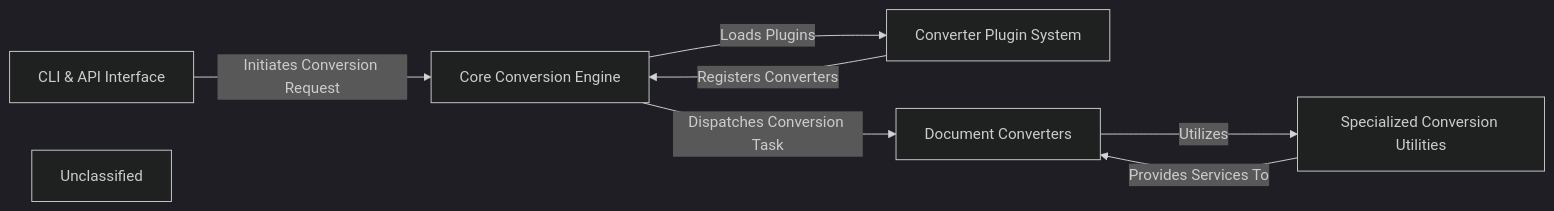
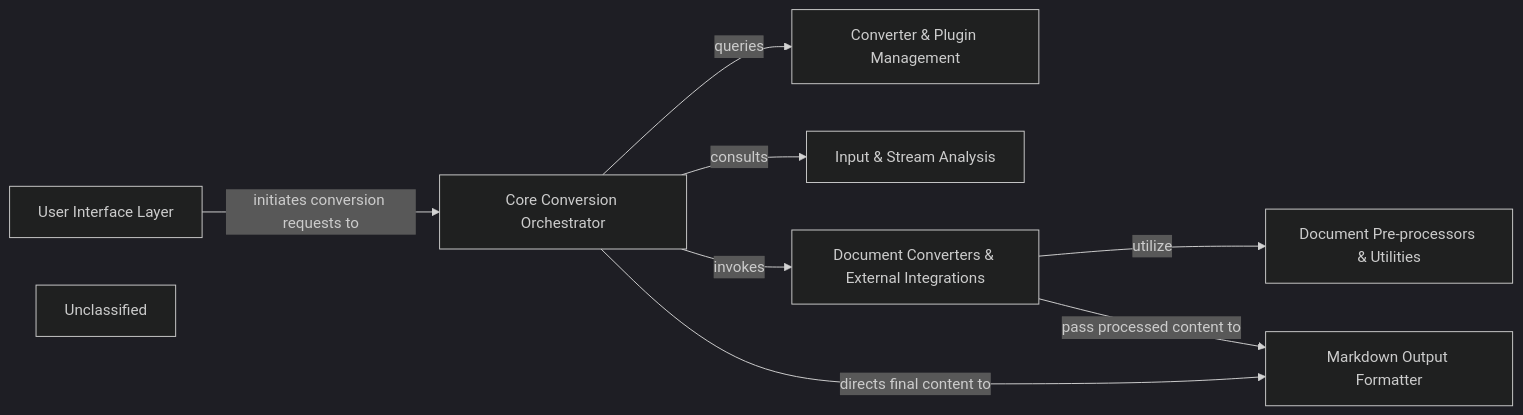
The diagram in markitdown/on_boarding.md (CodeBoarding/GeneratedOnBoardings), drawn with Mermaid (dark theme) before and after one commit. The commit also changed other lines of this file and 12 other files, not shown here.

````diff
--- a/markitdown/on_boarding.md
+++ b/markitdown/on_boarding.md
@@ -1,20 +1,25 @@
 ```mermaid
 graph LR
-    CLI_API_Interface["CLI & API Interface"]
-    Core_Conversion_Engine["Core Conversion Engine"]
-    Converter_Plugin_System["Converter Plugin System"]
-    Document_Converters["Document Converters"]
-    Specialized_Conversion_Utilities["Specialized Conversion Utilities"]
+    User_Interface_Layer["User Interface Layer"]
+    Core_Conversion_Orchestrator["Core Conversion Orchestrator"]
+    Converter_Plugin_Management["Converter & Plugin Management"]
+    Input_Stream_Analysis["Input & Stream Analysis"]
+    Document_Converters_External_Integrations["Document Converters & External Integrations"]
+    Document_Pre_processors_Utilities["Document Pre-processors & Utilities"]
+    Markdown_Output_Formatter["Markdown Output Formatter"]
     Unclassified["Unclassified"]
-    CLI_API_Interface -- "Initiates Conversion Request" --> Core_Conversion_Engine
-    Core_Conversion_Engine -- "Loads Plugins" --> Converter_Plugin_System
-    Core_Conversion_Engine -- "Dispatches Conversion Task" --> Document_Converters
-    Converter_Plugin_System -- "Registers Converters" --> Core_Conversion_Engine
-    Document_Converters -- "Utilizes" --> Specialized_Conversion_Utilities
-    Specialized_Conversion_Utilities -- "Provides Services To" --> Document_Converters
-    click CLI_API_Interface href "https://github.com/CodeBoarding/GeneratedOnBoardings/blob/main/markitdown/CLI_API_Interface.md" "Details"
-    click Core_Conversion_Engine href "https://github.com/CodeBoarding/GeneratedOnBoardings/blob/main/markitdown/Core_Conversion_Engine.md" "Details"
-    click Converter_Plugin_System href "https://github.com/CodeBoarding/GeneratedOnBoardings/blob/main/markitdown/Converter_Plugin_System.md" "Details"
-    click Document_Converters href "https://github.com/CodeBoarding/GeneratedOnBoardings/blob/main/markitdown/Document_Converters.md" "Details"
-    click Specialized_Conversion_Utilities href "https://github.com/CodeBoarding/GeneratedOnBoardings/blob/main/markitdown/Specialized_Conversion_Utilities.md" "Details"
+    User_Interface_Layer -- "initiates conversion requests to" --> Core_Conversion_Orchestrator
+    Core_Conversion_Orchestrator -- "consults" --> Input_Stream_Analysis
+    Core_Conversion_Orchestrator -- "queries" --> Converter_Plugin_Management
+    Core_Conversion_Orchestrator -- "invokes" --> Document_Converters_External_Integrations
+    Document_Converters_External_Integrations -- "utilize" --> Document_Pre_processors_Utilities
+    Document_Converters_External_Integrations -- "pass processed content to" --> Markdown_Output_Formatter
+    Core_Conversion_Orchestrator -- "directs final content to" --> Markdown_Output_Formatter
+    click User_Interface_Layer href "https://github.com/CodeBoarding/GeneratedOnBoardings/blob/main/markitdown/User_Interface_Layer.md" "Details"
+    click Core_Conversion_Orchestrator href "https://github.com/CodeBoarding/GeneratedOnBoardings/blob/main/markitdown/Core_Conversion_Orchestrator.md" "Details"
+    click Converter_Plugin_Management href "https://github.com/CodeBoarding/GeneratedOnBoardings/blob/main/markitdown/Converter_Plugin_Management.md" "Details"
+    click Input_Stream_Analysis href "https://github.com/CodeBoarding/GeneratedOnBoardings/blob/main/markitdown/Input_Stream_Analysis.md" "Details"
+    click Document_Converters_External_Integrations href "https://github.com/CodeBoarding/GeneratedOnBoardings/blob/main/markitdown/Document_Converters_External_Integrations.md" "Details"
+    click Document_Pre_processors_Utilities href "https://github.com/CodeBoarding/GeneratedOnBoardings/blob/main/markitdown/Document_Pre_processors_Utilities.md" "Details"
+    click Markdown_Output_Formatter href "https://github.com/CodeBoarding/GeneratedOnBoardings/blob/main/markitdown/Markdown_Output_Formatter.md" "Details"
 ```
````
